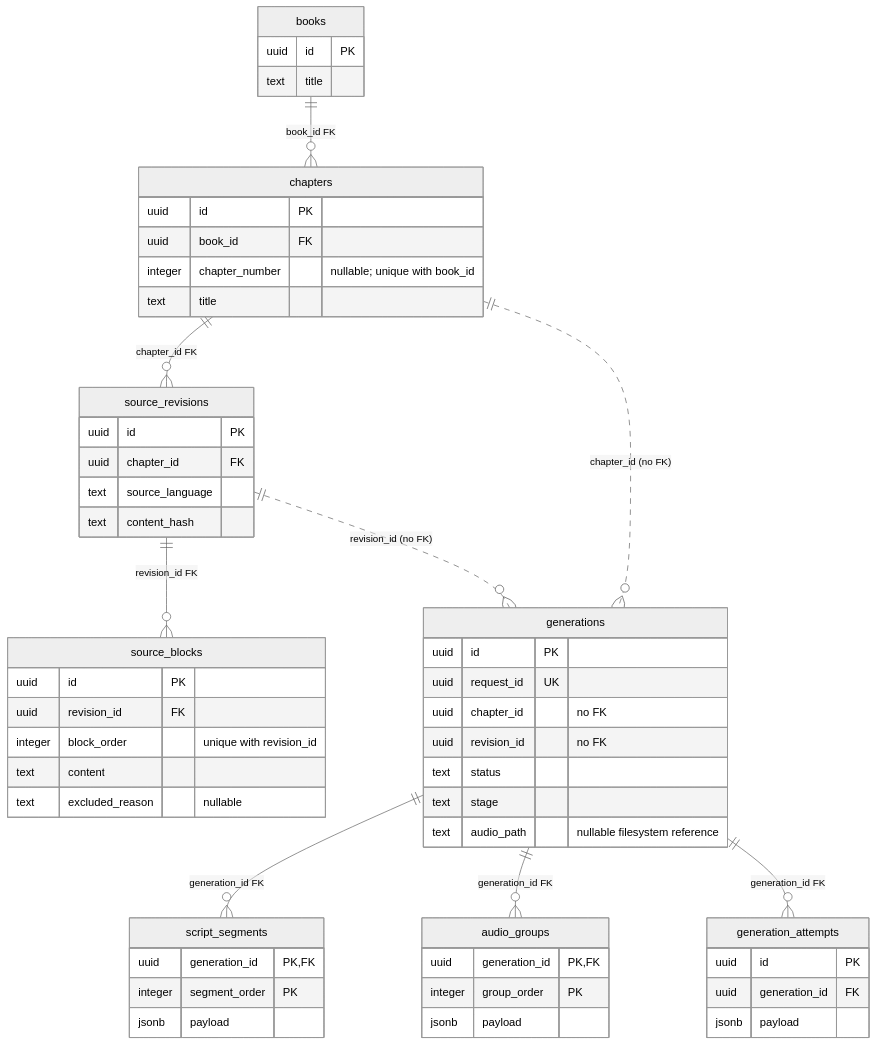
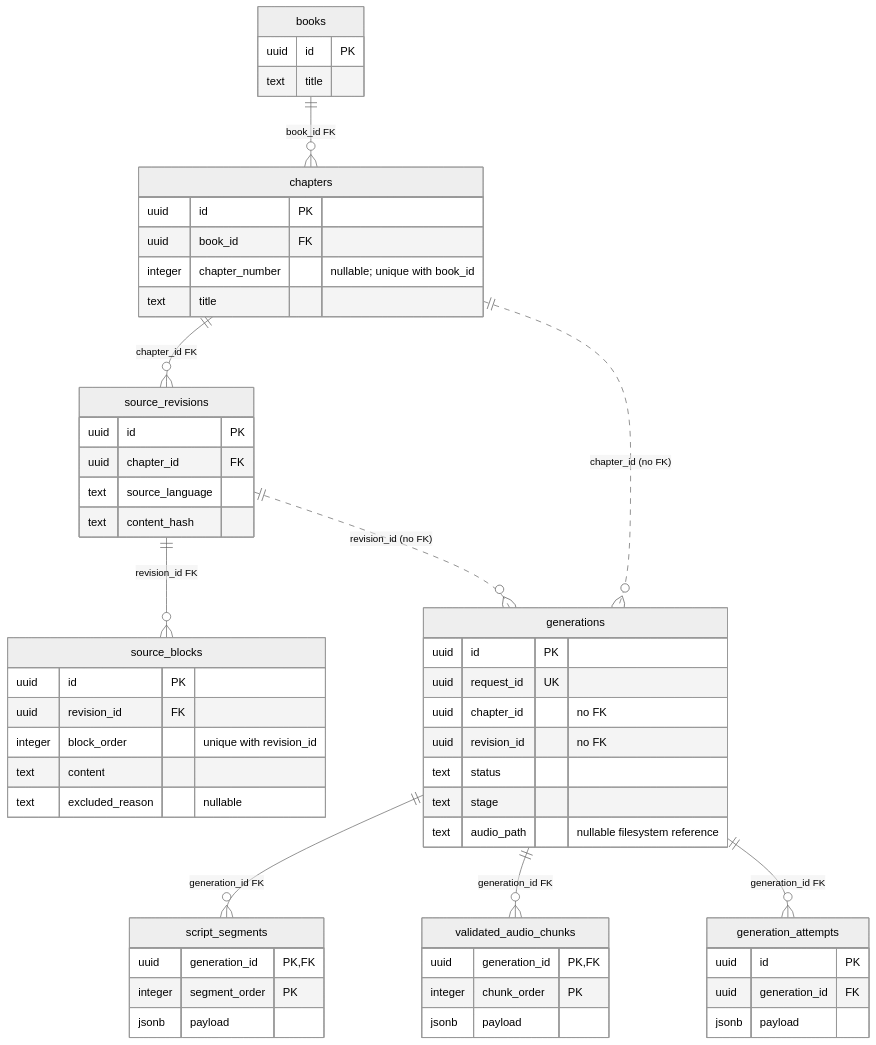
The diagram in docs/DATA_MODEL.md (nenonja/bookcast), drawn with Mermaid (neutral theme) before and after one commit. The commit also changed other lines of this file and 16 other files, not shown here.

````diff
--- a/docs/DATA_MODEL.md
+++ b/docs/DATA_MODEL.md
@@ -11,60 +11,60 @@
 ```mermaid
 erDiagram
     direction TB
     books ||--o{ chapters : "book_id FK"
     chapters ||--o{ source_revisions : "chapter_id FK"
     source_revisions ||--o{ source_blocks : "revision_id FK"
     chapters ||..o{ generations : "chapter_id (no FK)"
     source_revisions ||..o{ generations : "revision_id (no FK)"
     generations ||--o{ script_segments : "generation_id FK"
-    generations ||--o{ audio_groups : "generation_id FK"
+    generations ||--o{ validated_audio_chunks : "generation_id FK"
     generations ||--o{ generation_attempts : "generation_id FK"
 
     books {
         uuid id PK
         text title
     }
     chapters {
         uuid id PK
         uuid book_id FK
         integer chapter_number "nullable; unique with book_id"
         text title
     }
     source_revisions {
         uuid id PK
         uuid chapter_id FK
         text source_language
         text content_hash
     }
     source_blocks {
         uuid id PK
         uuid revision_id FK
         integer block_order "unique with revision_id"
         text content
         text excluded_reason "nullable"
     }
     generations {
         uuid id PK
         uuid request_id UK
         uuid chapter_id "no FK"
         uuid revision_id "no FK"
         text status
         text stage
         text audio_path "nullable filesystem reference"
     }
     script_segments {
         uuid generation_id PK, FK
         integer segment_order PK
         jsonb payload
     }
-    audio_groups {
+    validated_audio_chunks {
         uuid generation_id PK, FK
-        integer group_order PK
+        integer chunk_order PK
         jsonb payload
     }
     generation_attempts {
         uuid id PK
         uuid generation_id FK
         jsonb payload
     }
 ```
````
